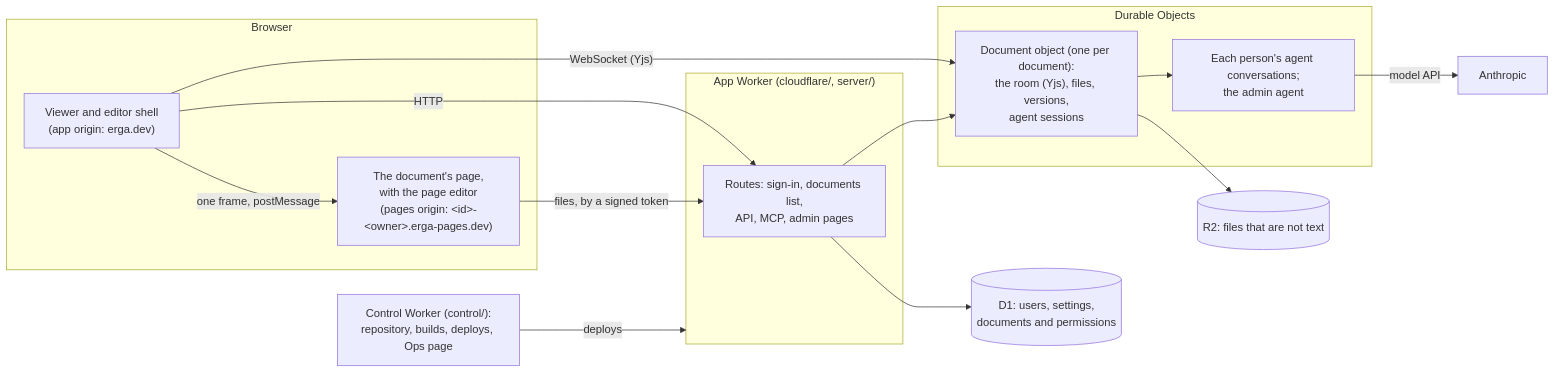
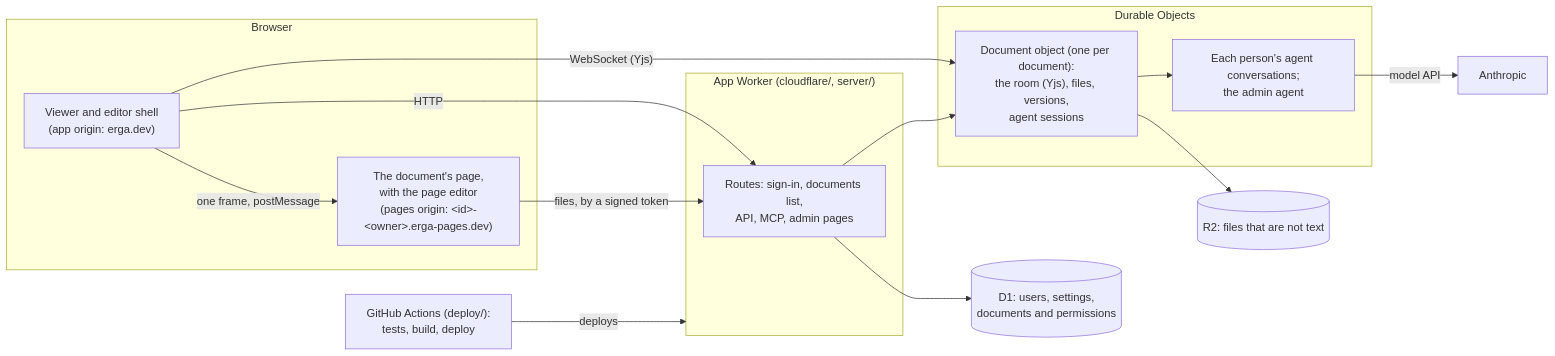
The diagram in README.md (koomen/erga), drawn with Mermaid before and after one commit. The commit also changed other lines of this file and 233 other files, not shown here.

First line of the commit message:
Remove the control Worker: GitHub Actions deploys, and the pipeline lives in deploy/pipeline/

````diff
--- a/README.md
+++ b/README.md
@@ -45,27 +45,27 @@
 ```mermaid
 flowchart LR
   subgraph Browser
     shell["Viewer and editor shell<br/>(app origin: erga.dev)"]
     page["The document's page,<br/>with the page editor<br/>(pages origin: &lt;id&gt;-&lt;owner&gt;.erga-pages.dev)"]
     shell -- "one frame, postMessage" --> page
   end
   subgraph Worker["App Worker (cloudflare/, server/)"]
     app["Routes: sign-in, documents list,<br/>API, MCP, admin pages"]
   end
   subgraph DO["Durable Objects"]
     doc["Document object (one per document):<br/>the room (Yjs), files, versions,<br/>agent sessions"]
     agents["Each person's agent conversations;<br/>the admin agent"]
   end
   D1[("D1: users, settings,<br/>documents and permissions")]
   R2[("R2: files that are not text")]
-  control["Control Worker (control/):<br/>repository, builds, deploys, Ops page"]
+  actions["GitHub Actions (deploy/):<br/>tests, build, deploy"]
   shell -- "HTTP" --> app
   shell -- "WebSocket (Yjs)" --> doc
   page -- "files, by a signed token" --> app
   app --> D1
   app --> doc
   doc --> R2
   doc --> agents
   agents -- "model API" --> model["Anthropic"]
-  control -- "deploys" --> Worker
+  actions -- "deploys" --> Worker
 ```
````
